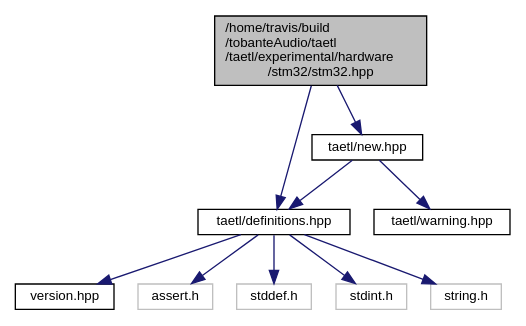
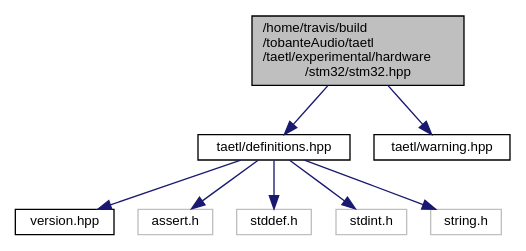
The diagram in stm32_8hpp__incl.dot (tobanteAudio/taetl), drawn with Graphviz before and after one commit. The commit also changed 12 other files, not shown here.

```diff
--- a/stm32_8hpp__incl.dot
+++ b/stm32_8hpp__incl.dot
@@ -1,23 +1,20 @@
 digraph "/home/travis/build/tobanteAudio/taetl/taetl/experimental/hardware/stm32/stm32.hpp"
 {
   edge [fontname="Helvetica",fontsize="10",labelfontname="Helvetica",labelfontsize="10"];
   node [fontname="Helvetica",fontsize="10",shape=record];
   Node0 [label="/home/travis/build\l/tobanteAudio/taetl\l/taetl/experimental/hardware\l/stm32/stm32.hpp",height=0.2,width=0.4,color="black", fillcolor="grey75", style="filled", fontcolor="black"];
   Node0 -> Node1 [color="midnightblue",fontsize="10",style="solid",fontname="Helvetica"];
   Node1 [label="taetl/definitions.hpp",height=0.2,width=0.4,color="black", fillcolor="white", style="filled",URL="$definitions_8hpp.html"];
   Node1 -> Node2 [color="midnightblue",fontsize="10",style="solid",fontname="Helvetica"];
   Node2 [label="version.hpp",height=0.2,width=0.4,color="black", fillcolor="white", style="filled",URL="$version_8hpp.html"];
   Node1 -> Node3 [color="midnightblue",fontsize="10",style="solid",fontname="Helvetica"];
   Node3 [label="assert.h",height=0.2,width=0.4,color="grey75", fillcolor="white", style="filled"];
   Node1 -> Node4 [color="midnightblue",fontsize="10",style="solid",fontname="Helvetica"];
   Node4 [label="stddef.h",height=0.2,width=0.4,color="grey75", fillcolor="white", style="filled"];
   Node1 -> Node5 [color="midnightblue",fontsize="10",style="solid",fontname="Helvetica"];
   Node5 [label="stdint.h",height=0.2,width=0.4,color="grey75", fillcolor="white", style="filled"];
   Node1 -> Node6 [color="midnightblue",fontsize="10",style="solid",fontname="Helvetica"];
   Node6 [label="string.h",height=0.2,width=0.4,color="grey75", fillcolor="white", style="filled"];
   Node0 -> Node7 [color="midnightblue",fontsize="10",style="solid",fontname="Helvetica"];
-  Node7 [label="taetl/new.hpp",height=0.2,width=0.4,color="black", fillcolor="white", style="filled",URL="$new_8hpp.html"];
-  Node7 -> Node1 [color="midnightblue",fontsize="10",style="solid",fontname="Helvetica"];
-  Node7 -> Node8 [color="midnightblue",fontsize="10",style="solid",fontname="Helvetica"];
-  Node8 [label="taetl/warning.hpp",height=0.2,width=0.4,color="black", fillcolor="white", style="filled",URL="$warning_8hpp.html"];
+  Node7 [label="taetl/warning.hpp",height=0.2,width=0.4,color="black", fillcolor="white", style="filled",URL="$warning_8hpp.html"];
 }
```
